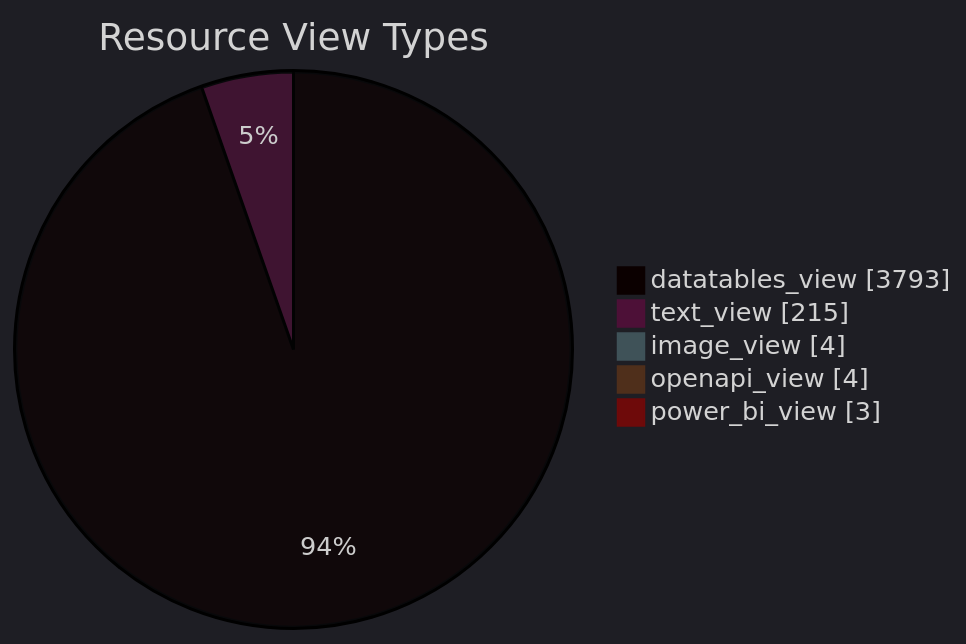
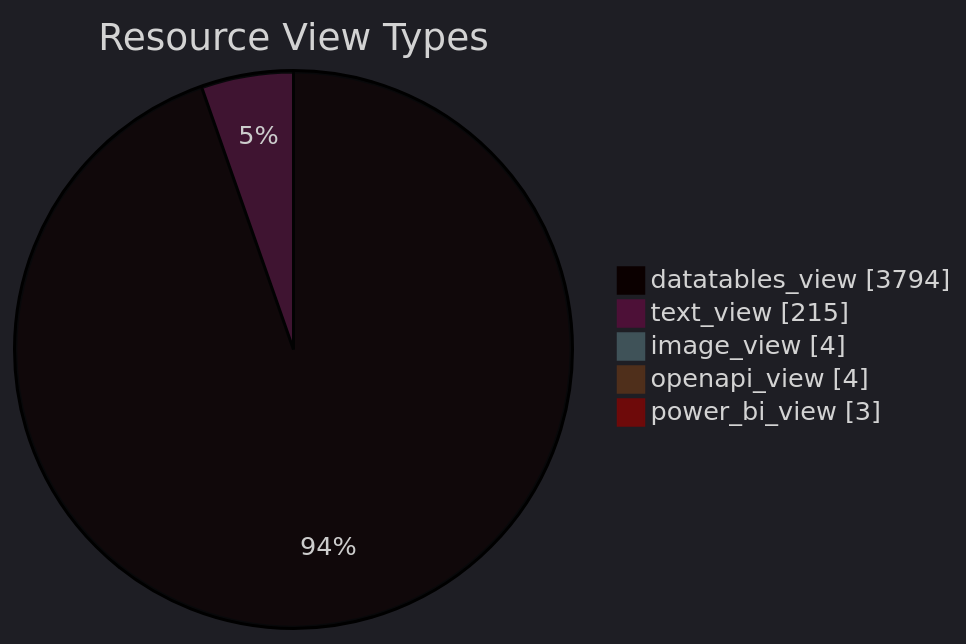
One commit to open-data/analytics-corporate-reporting changed the diagram in datastore_tracker/resource_view_types_pie_chart.md. Above: the diagram before and after it, drawn with Mermaid. The commit also changed 10 other files, not shown here.

````diff
--- a/datastore_tracker/resource_view_types_pie_chart.md
+++ b/datastore_tracker/resource_view_types_pie_chart.md
@@ -2,12 +2,12 @@
 ```mermaid
 ---
 config:
   theme: dark
 ---
 pie showData title Resource View Types
-    "datatables_view": 3793
+    "datatables_view": 3794
     "text_view": 215
     "image_view": 4
     "openapi_view": 4
     "power_bi_view": 3
 ```
````
